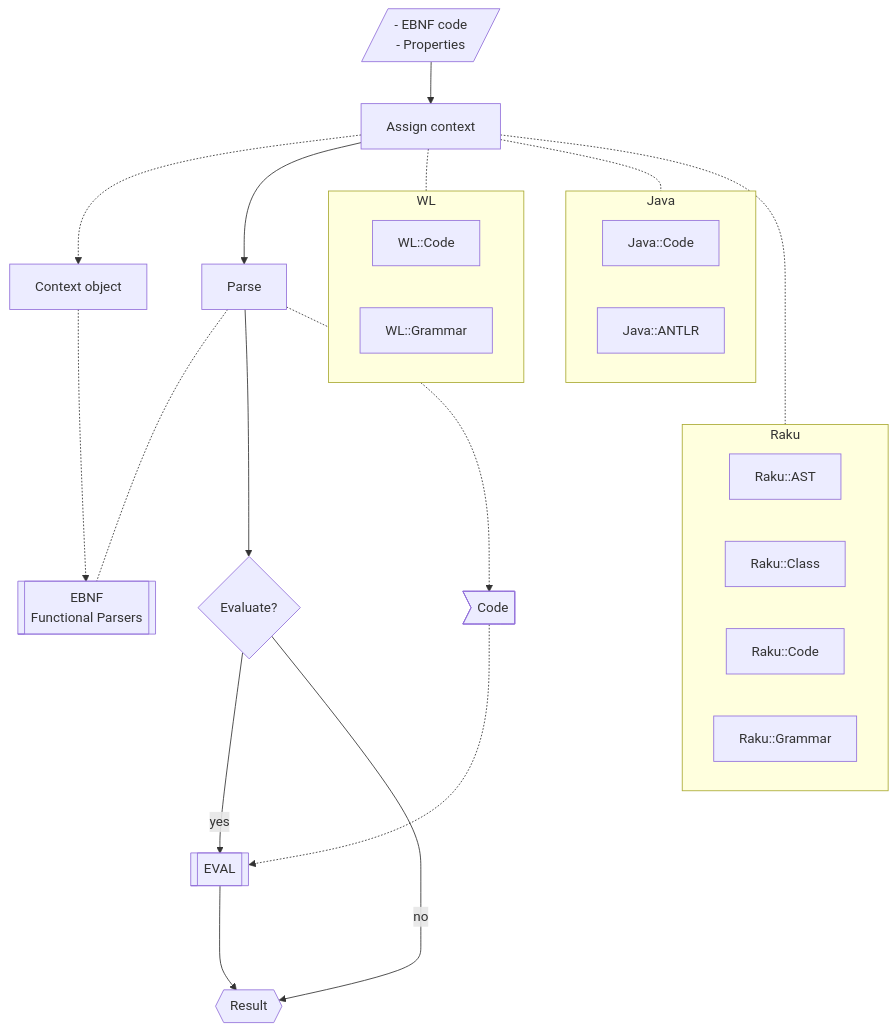
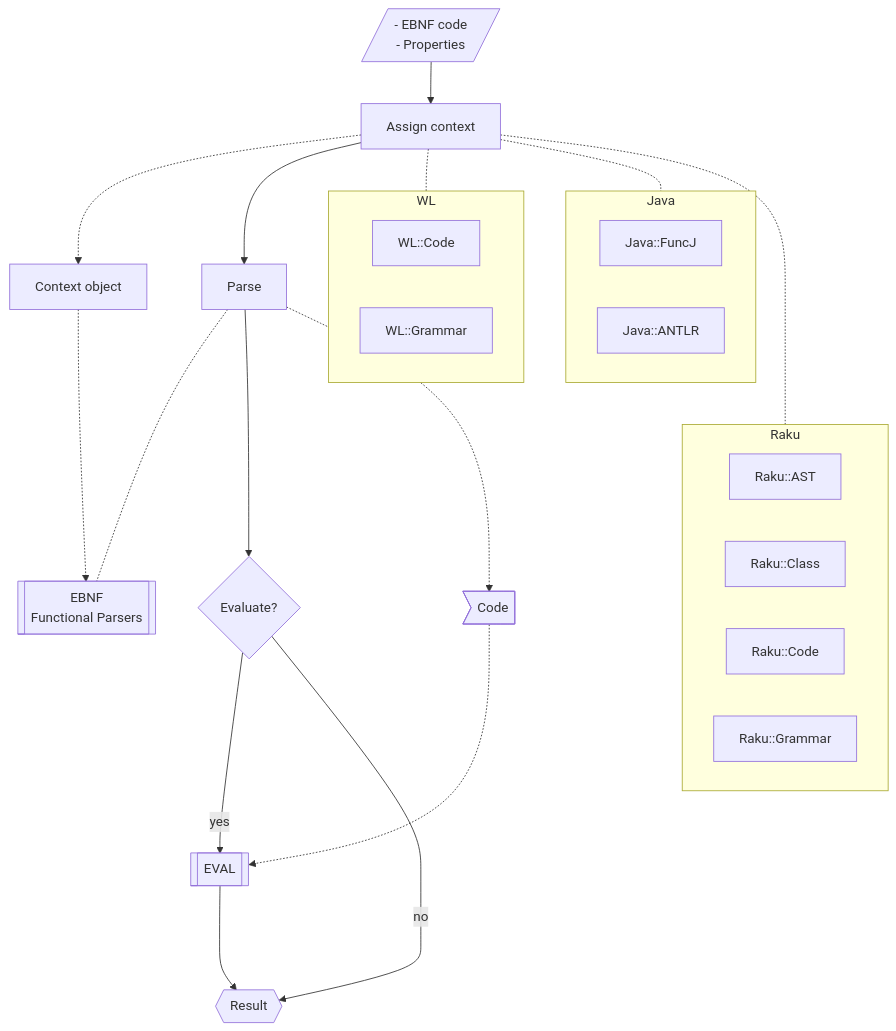
Before and after one commit to antononcube/Raku-FunctionalParsers: the diagram in README-work.md, drawn with Mermaid. The commit also changed other lines of this file and 1 other file, not shown here.

````diff
--- a/README-work.md
+++ b/README-work.md
@@ -282,48 +282,48 @@
 ```mermaid
 graph TD
     FPs[[EBNF<br/>Functional Parsers]]
     RakuAST[Raku::AST]
     RakuClass[Raku::Class]
     RakuCode[Raku::Code]
     RakuGrammar[Raku::Grammar]
     WLCode[WL::Code]
     WLGrammar[WL::Grammar]
-    JavaCode[Java::Code]
+    JavaFuncJ[Java::FuncJ]
     JavaANTLR[Java::ANTLR]
     Input[/- EBNF code<br/>- Properties/]
     PickTarget[Assign context]
     Parse[Parse]
     QEVAL{Evaluate?}
     EVAL[[EVAL]] 
     Code>Code]
     Context[Context object]
     Result{{Result}}
     Input --> PickTarget
     PickTarget -.- WL
     PickTarget -.- Java
     PickTarget -..- Raku
     PickTarget -.-> Context
     PickTarget --> Parse
     Parse -.- FPs
     Context -.-> FPs
     Parse --> QEVAL
     Parse -.-> Code
     QEVAL --> |yes|EVAL
     Code -.-> EVAL 
     EVAL ---> Result
     QEVAL ---> |no|Result
     subgraph Raku
         RakuAST
         RakuClass
         RakuCode
         RakuGrammar
     end    
     subgraph WL
         WLCode
         WLGrammar
     end
     subgraph Java
-        JavaCode
+        JavaFuncJ
         JavaANTLR
     end
 ```
````
